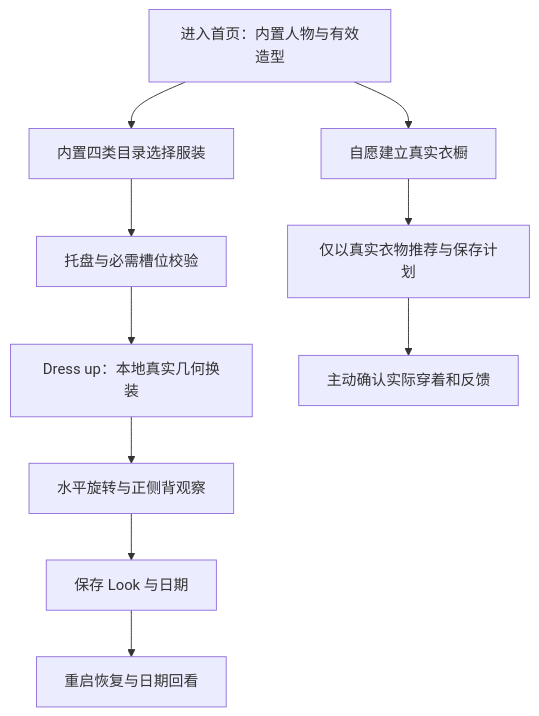
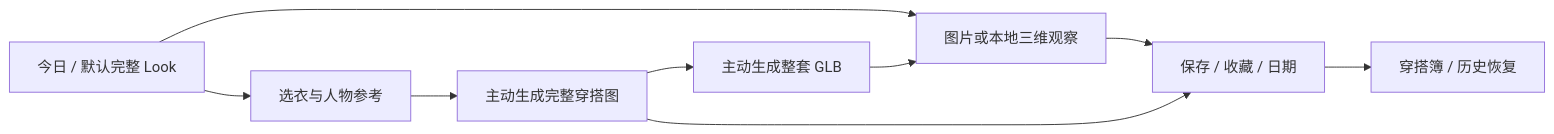
Before and after one commit to StephenQiu30/then-server: the diagram in docs/design/03-OOTD产品总体设计.md, drawn with Mermaid. The commit also changed other lines of this file and 59 other files, not shown here.

````diff
--- a/docs/design/03-OOTD产品总体设计.md
+++ b/docs/design/03-OOTD产品总体设计.md
@@ -108,12 +9,11 @@
 ```mermaid
-flowchart TD
-    START[进入首页：内置人物与有效造型] --> PICK[内置四类目录选择服装]
-    PICK --> CHECK[托盘与必需槽位校验]
-    CHECK --> APPLY[Dress up：本地真实几何换装]
-    APPLY --> VIEW[水平旋转与正侧背观察]
-    VIEW --> SAVE[保存 Look 与日期]
-    SAVE --> RESTORE[重启恢复与日期回看]
-    START --> OWN[自愿建立真实衣橱]
-    OWN --> REC[仅以真实衣物推荐与保存计划]
-    REC --> WORN[主动确认实际穿着和反馈]
+flowchart LR
+    Open[今日 / 默认完整 Look] --> View[图片或本地三维观察]
+    View --> Save[保存 / 收藏 / 日期]
+    Open --> Draft[选衣与人物参考]
+    Draft --> Generate[主动生成完整穿搭图]
+    Generate --> Save
+    Generate --> Optional[主动生成整套 GLB]
+    Optional --> View
+    Save --> Book[穿搭簿 / 历史恢复]
 ```
````
